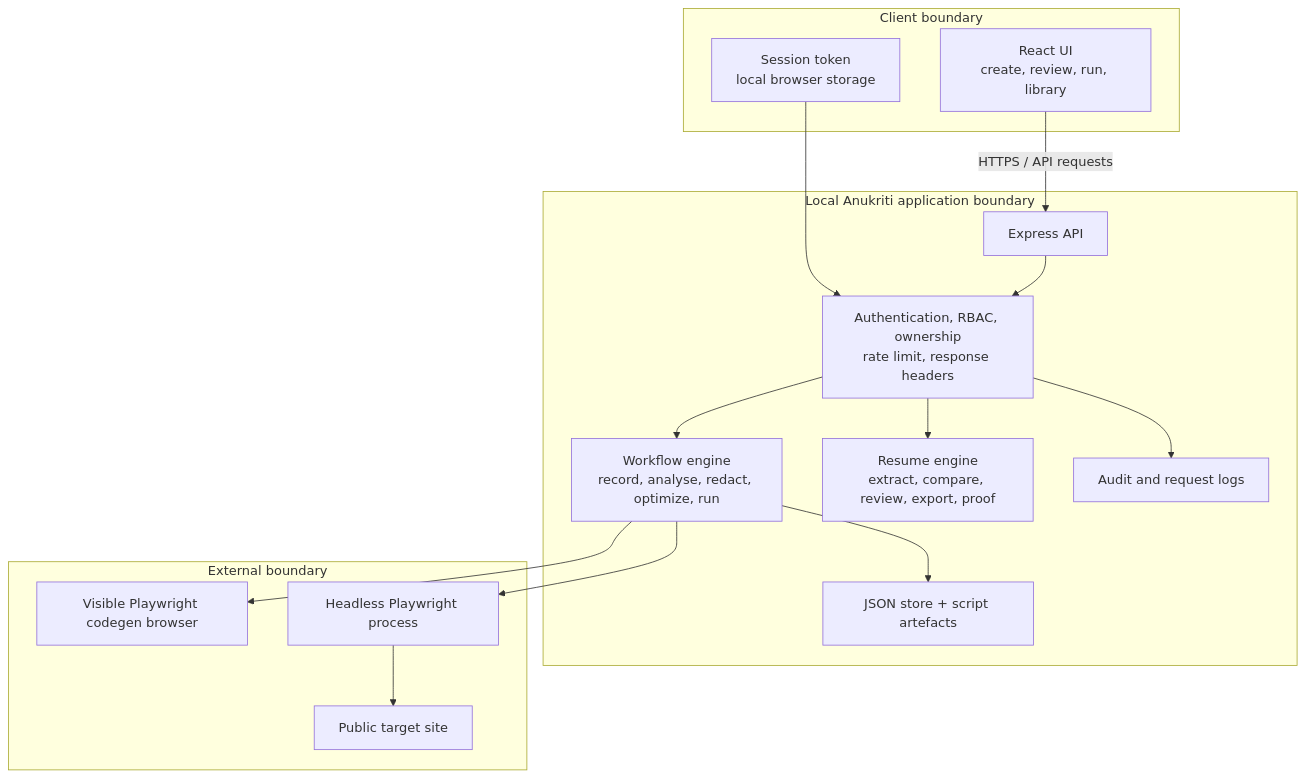
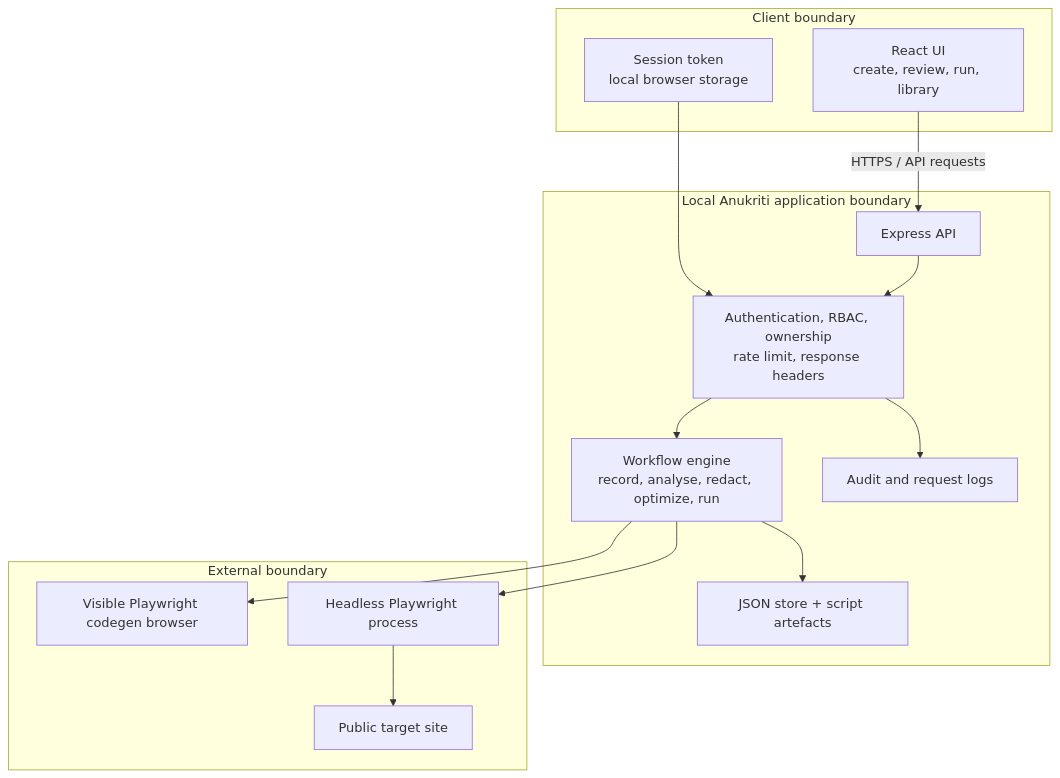
The second of 4 diagrams in docs/ARCHITECTURE-HLD.md (ThakurRanveerSingh/Chayya_OpenAIBuildWeek), drawn with Mermaid before and after one commit. The commit also changed other lines of this file and 31 other files, not shown here.

````diff
--- a/docs/ARCHITECTURE-HLD.md
+++ b/docs/ARCHITECTURE-HLD.md
@@ -39,31 +36,29 @@
 ```mermaid
 flowchart TB
   subgraph Client["Client boundary"]
     Web["React UI\ncreate, review, run, library"]
     Token["Session token\nlocal browser storage"]
   end
 
   subgraph App["Local Anukriti application boundary"]
     API["Express API"]
     Guard["Authentication, RBAC, ownership\nrate limit, response headers"]
     Engine["Workflow engine\nrecord, analyse, redact, optimize, run"]
-    Resume["Resume engine\nextract, compare, review, export, proof"]
     Files["JSON store + script artefacts"]
     Logs["Audit and request logs"]
   end
 
   subgraph External["External boundary"]
     Recorder["Visible Playwright codegen browser"]
     Runner["Headless Playwright process"]
     Target["Public target site"]
   end
 
   Web -->|"HTTPS / API requests"| API
   Token --> Guard
   API --> Guard --> Engine
-  Guard --> Resume
   Engine --> Files
   Guard --> Logs
   Engine --> Recorder
   Engine --> Runner --> Target
 ```
````
